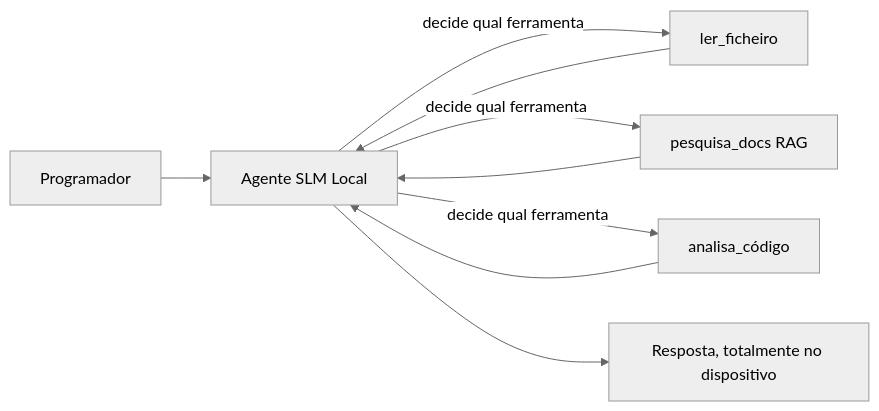
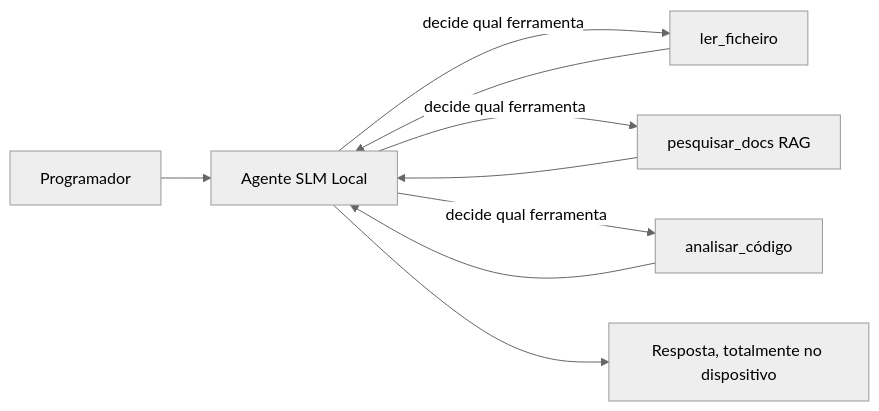
The first of 4 diagrams in mirrors/repos/microsoft@ai-agents-for-beginners/translations/pt-PT/17-creating-local-ai-agents/README.md (gabrielmoreira/agent-skills-mirror), drawn with Mermaid (neutral theme) before and after one commit. The commit also changed other lines of this file and 4262 other files, not shown here.

````diff
--- a/mirrors/repos/microsoft@ai-agents-for-beginners/translations/pt-PT/17-creating-local-ai-agents/README.md
+++ b/mirrors/repos/microsoft@ai-agents-for-beginners/translations/pt-PT/17-creating-local-ai-agents/README.md
@@ -66,11 +66,11 @@
 ```mermaid
 flowchart LR
     U[Programador] --> A[Agente SLM Local]
     A -->|decide qual ferramenta| T1[ler_ficheiro]
-    A -->|decide qual ferramenta| T2[pesquisa_docs RAG]
-    A -->|decide qual ferramenta| T3[analisa_código]
+    A -->|decide qual ferramenta| T2[pesquisar_docs RAG]
+    A -->|decide qual ferramenta| T3[analisar_código]
     T1 --> A
     T2 --> A
     T3 --> A
     A --> R[Resposta, totalmente no dispositivo]
 ```
````
